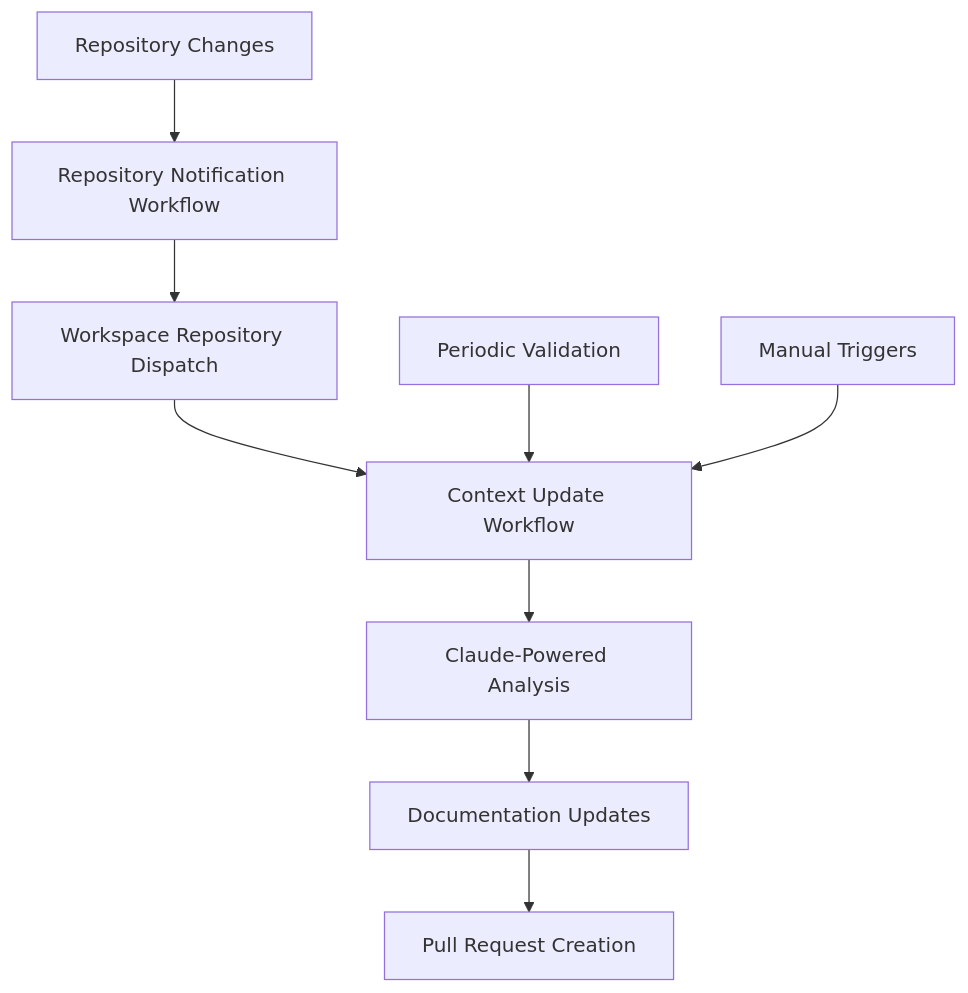
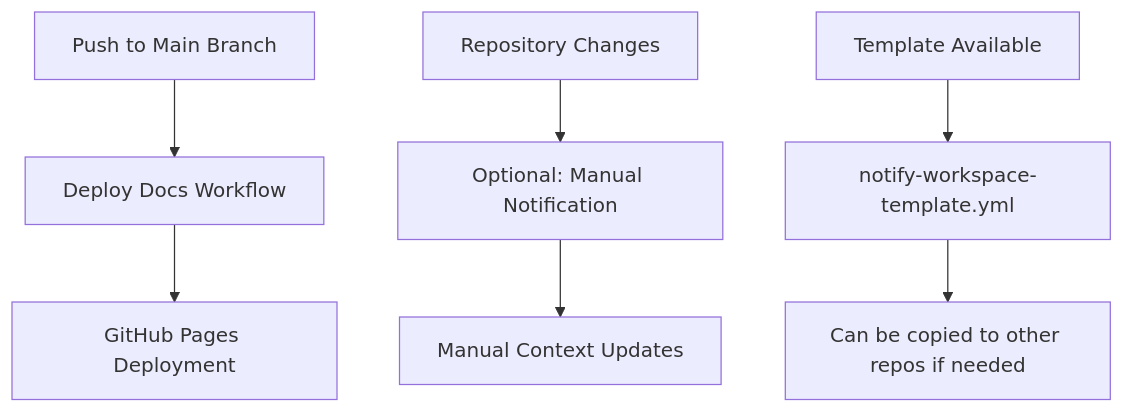
The diagram in docs/automation/automated-context-updates.md (toplocs/toplocs-workspace), drawn with Mermaid before and after one commit. The commit also changed other lines of this file, not shown here.

First line of the commit message:
Update automation documentation to reflect simplified approach

````diff
--- a/docs/automation/automated-context-updates.md
+++ b/docs/automation/automated-context-updates.md
@@ -15,12 +15,11 @@
 ```mermaid
 graph TD
-    A[Repository Changes] --> B[Repository Notification Workflow]
-    B --> C[Workspace Repository Dispatch]
-    C --> D[Context Update Workflow]
-    D --> E[Claude-Powered Analysis]
-    E --> F[Documentation Updates]
-    F --> G[Pull Request Creation]
+    A[Push to Main Branch] --> B[Deploy Docs Workflow]
+    B --> C[GitHub Pages Deployment]
     
-    H[Periodic Validation] --> D
-    I[Manual Triggers] --> D
+    D[Repository Changes] --> E[Optional: Manual Notification]
+    E --> F[Manual Context Updates]
+    
+    G[Template Available] --> H[notify-workspace-template.yml]
+    H --> I[Can be copied to other repos if needed]
 ```
````
